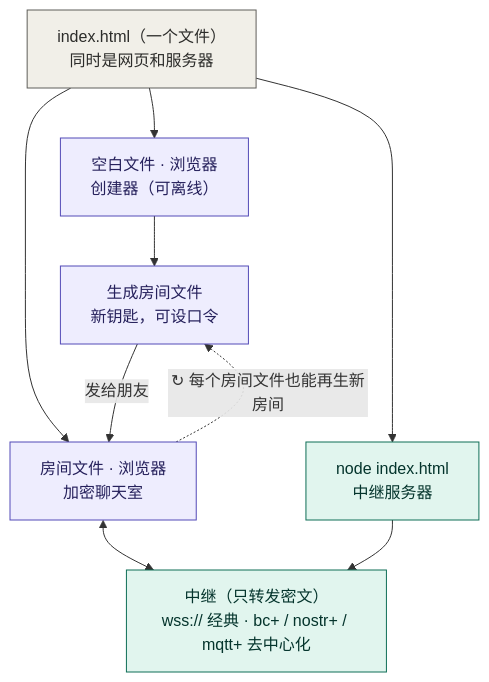
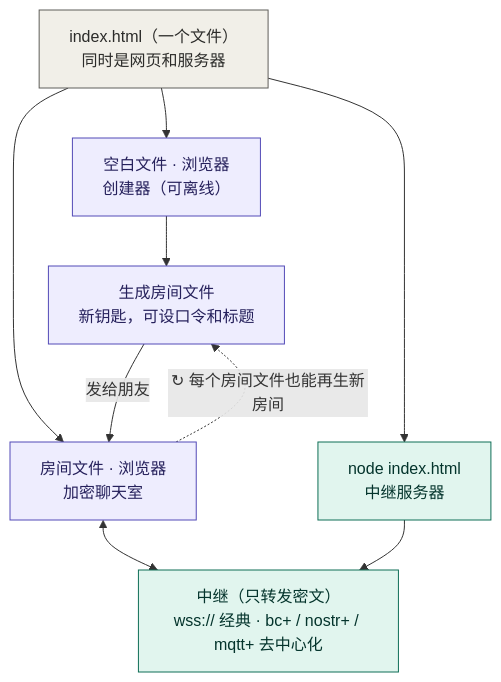
The diagram in README.md (Freecode100Year/htmlroom), drawn with Mermaid before and after one commit. The commit also changed other lines of this file, not shown here.

````diff
--- a/README.md
+++ b/README.md
@@ -26,19 +18,19 @@
 ```mermaid
 flowchart TD
     F["index.html（一个文件）<br/>同时是网页和服务器"]
     F --> A["空白文件 · 浏览器<br/>创建器（可离线）"]
     F --> B["房间文件 · 浏览器<br/>加密聊天室"]
     F --> C["node index.html<br/>中继服务器"]
-    A --> G["生成房间文件<br/>新钥匙，可设口令"]
+    A --> G["生成房间文件<br/>新钥匙，可设口令和标题"]
     G -- 发给朋友 --> B
     B -. "↻ 每个房间文件也能再生新房间" .-> G
     B <--> R["中继（只转发密文）<br/>wss:// 经典 · bc+ / nostr+ / mqtt+ 去中心化"]
     C --> R
 
     classDef file fill:#F1EFE8,stroke:#5F5E5A,color:#2C2C2A
     classDef browser fill:#EEEDFE,stroke:#534AB7,color:#26215C
     classDef relay fill:#E1F5EE,stroke:#0F6E56,color:#04342C
     class F file
     class A,B,G browser
     class C,R relay
 ```
````
